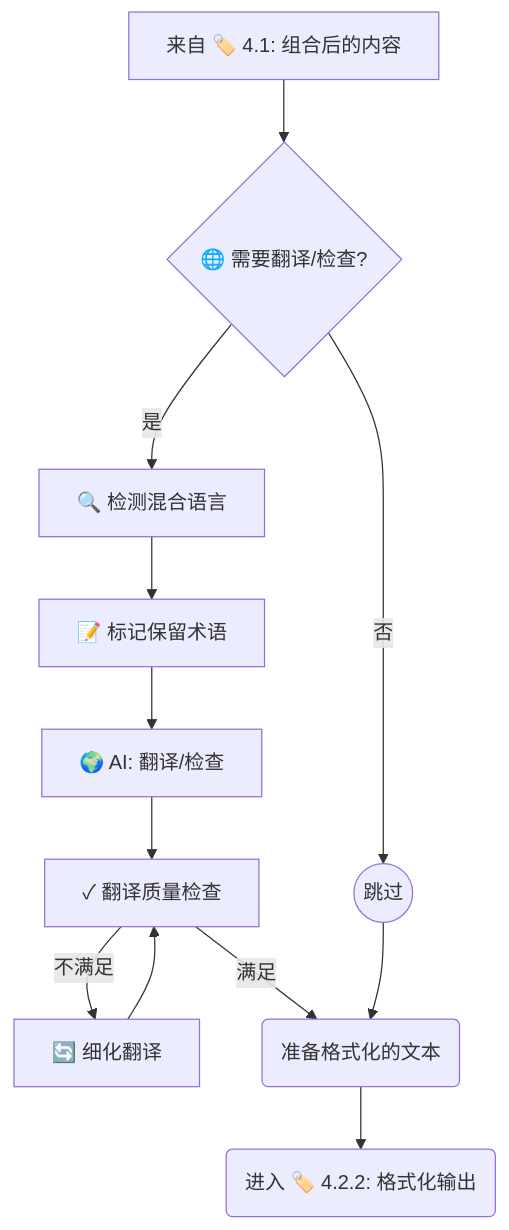
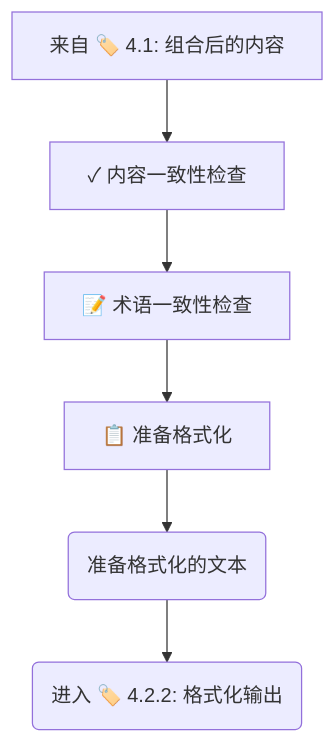
Before and after one commit to lws2004/codebase-knowledge-builder: the ninth of 14 diagrams in docs/design.md, drawn with Mermaid. The commit also changed other lines of this file and 79 other files, not shown here.

````diff
--- a/docs/design.md
+++ b/docs/design.md
@@ -294,15 +294,9 @@
 ```mermaid
 flowchart TD
     Input["来自 🏷️ 4.1: 组合后的内容"]
-    Input --> CheckTranslate{🌐 需要翻译/检查?};
-    CheckTranslate -- 是 --> DetectMixedLanguage["🔍 检测混合语言"];
-    DetectMixedLanguage --> PreserveTerms["📝 标记保留术语"];
-    PreserveTerms --> Translate["🌍 AI: 翻译/检查"];
-    CheckTranslate -- 否 --> SkipTranslate((跳过));
-    Translate --> TranslationQuality["✓ 翻译质量检查"];
-    TranslationQuality -- 不满足 --> RefineTranslation["🔄 细化翻译"];
-    TranslationQuality -- 满足 --> OutputTextForFormatting(准备格式化的文本);
-    SkipTranslate --> OutputTextForFormatting;
-    RefineTranslation --> TranslationQuality;
+    Input --> ConsistencyCheck["✓ 内容一致性检查"];
+    ConsistencyCheck --> TerminologyCheck["📝 术语一致性检查"];
+    TerminologyCheck --> PrepareFormatting["📋 准备格式化"];
+    PrepareFormatting --> OutputTextForFormatting(准备格式化的文本);
     OutputTextForFormatting --> Stage4_2_2_Start("进入 🏷️ 4.2.2: 格式化输出");
 ```
````
